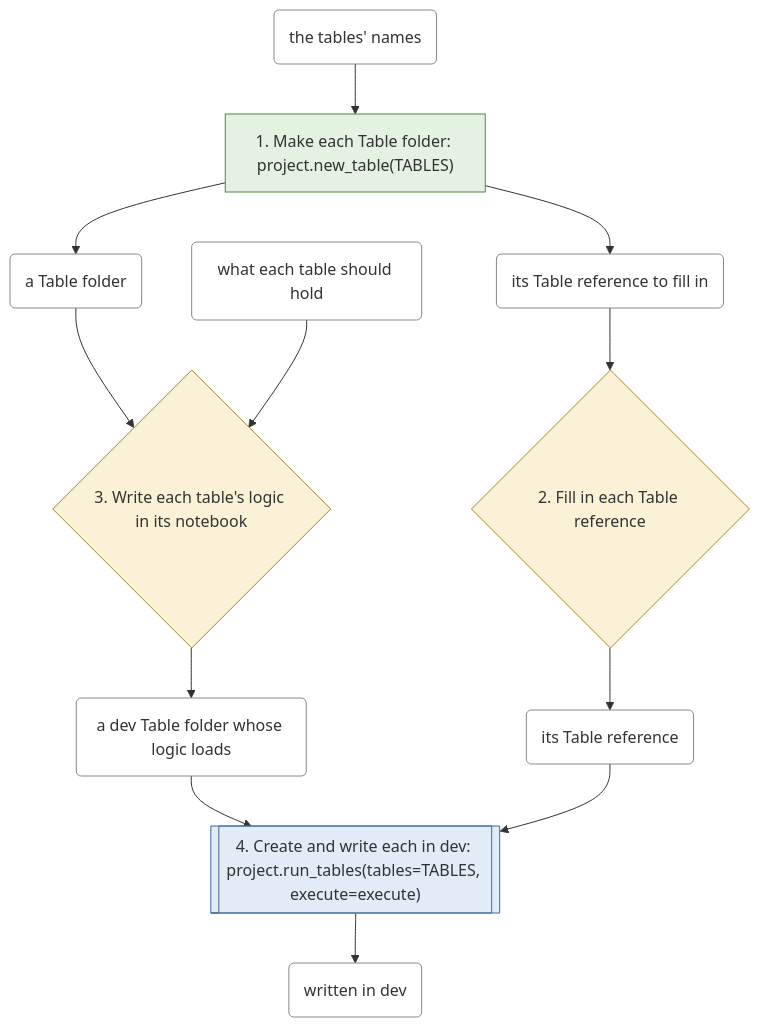
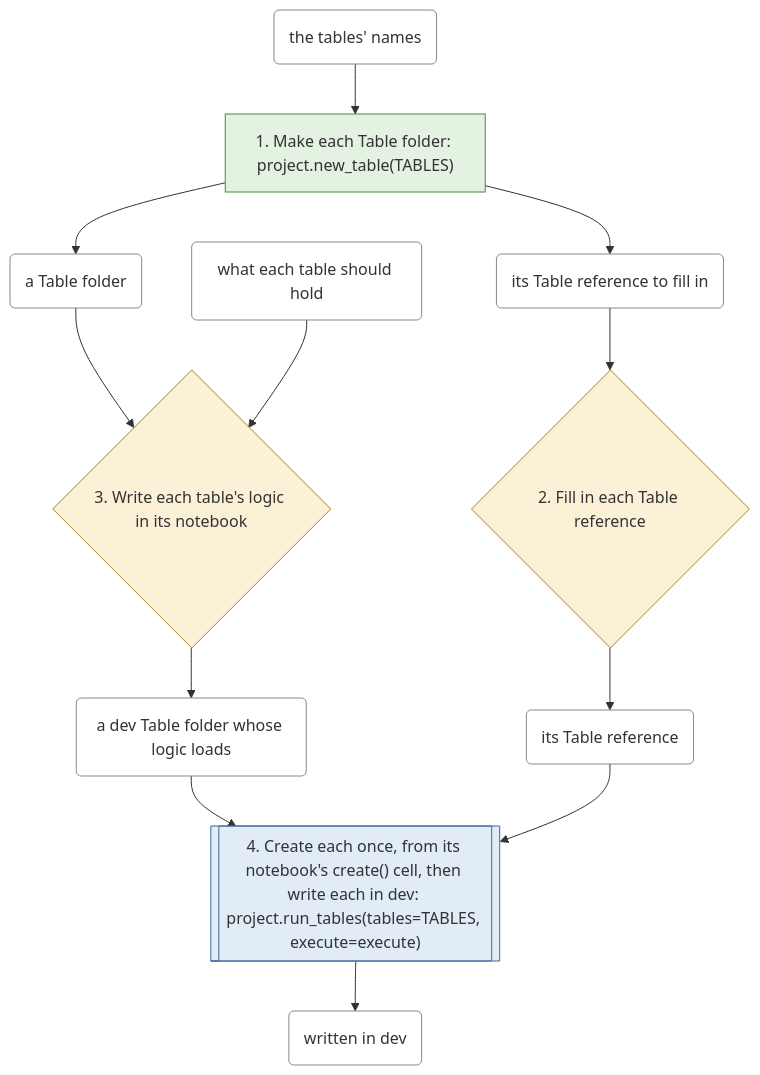
One commit to EdgyPage/SQL-Composer changed the third of 6 diagrams in docs/workflows.md. Above: the diagram before and after it, drawn with Mermaid. The commit also changed other lines of this file and 24 other files, not shown here.

````diff
--- a/docs/workflows.md
+++ b/docs/workflows.md
@@ -121,41 +121,41 @@
 ```mermaid
 flowchart TD
     s0["1. Make each Table folder: project.new_table(TABLES)"]
     class s0 file
     t0 --> s0
     s0 --> t1
     s0 --> t2
     s1{"2. Fill in each Table reference"}
     class s1 decision
     t2 --> s1
     s1 --> t3
     s2{"3. Write each table's logic in its notebook"}
     class s2 decision
     t1 --> s2
     t4 --> s2
     s2 --> t5
-    s3[["4. Create and write each in dev: project.run_tables(tables=TABLES, execute=execute)"]]
+    s3[["4. Create each once, from its notebook's create() cell, then write each in dev: project.run_tables(tables=TABLES, execute=execute)"]]
     class s3 permission
     t5 --> s3
     t3 --> s3
     s3 --> t6
     t0("the tables' names")
     class t0 thing
     t1("a Table folder")
     class t1 thing
     t2("its Table reference to fill in")
     class t2 thing
     t3("its Table reference")
     class t3 thing
     t4("what each table should hold")
     class t4 thing
     t5("a dev Table folder whose logic loads")
     class t5 thing
     t6("written in dev")
     class t6 thing
     classDef file fill:#e3f2e1,stroke:#4a8a3f
     classDef permission fill:#e1ecf7,stroke:#3f6a9a
     classDef decision fill:#fbf1d6,stroke:#a8842a
     classDef fiddling fill:#f8d7d5,stroke:#b03a30
     classDef thing fill:#ffffff,stroke:#888888
 ```
````
